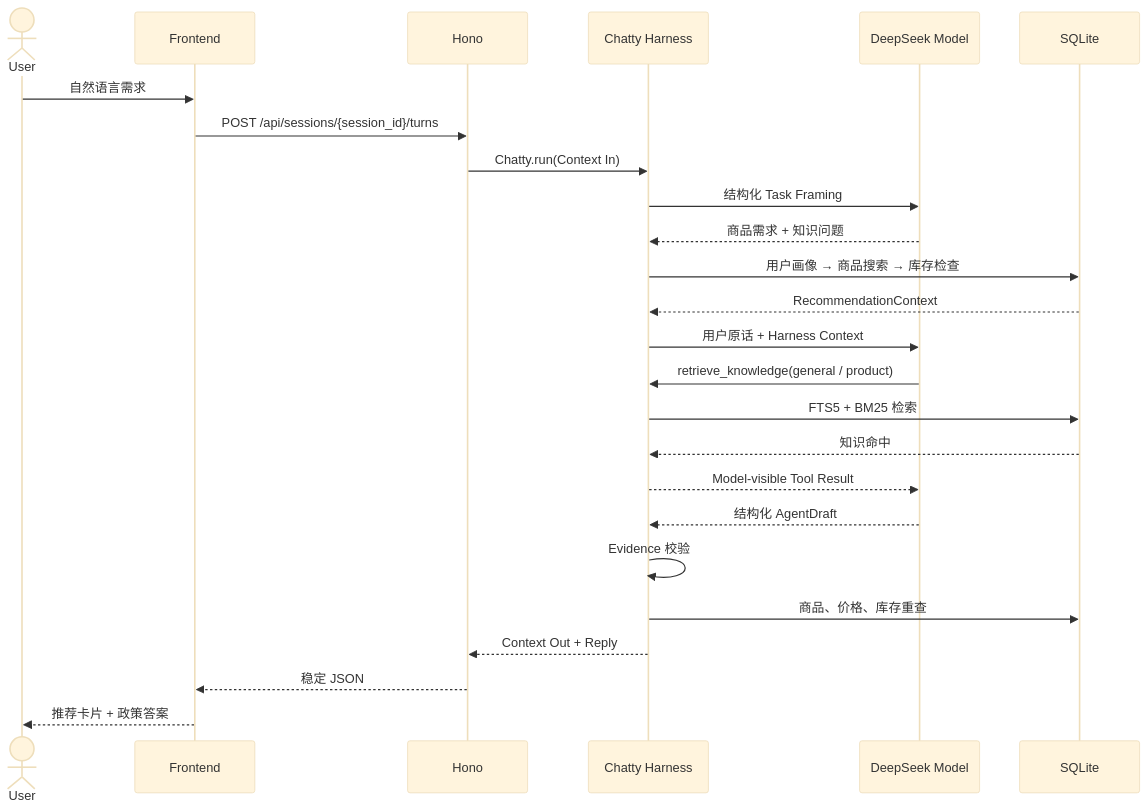
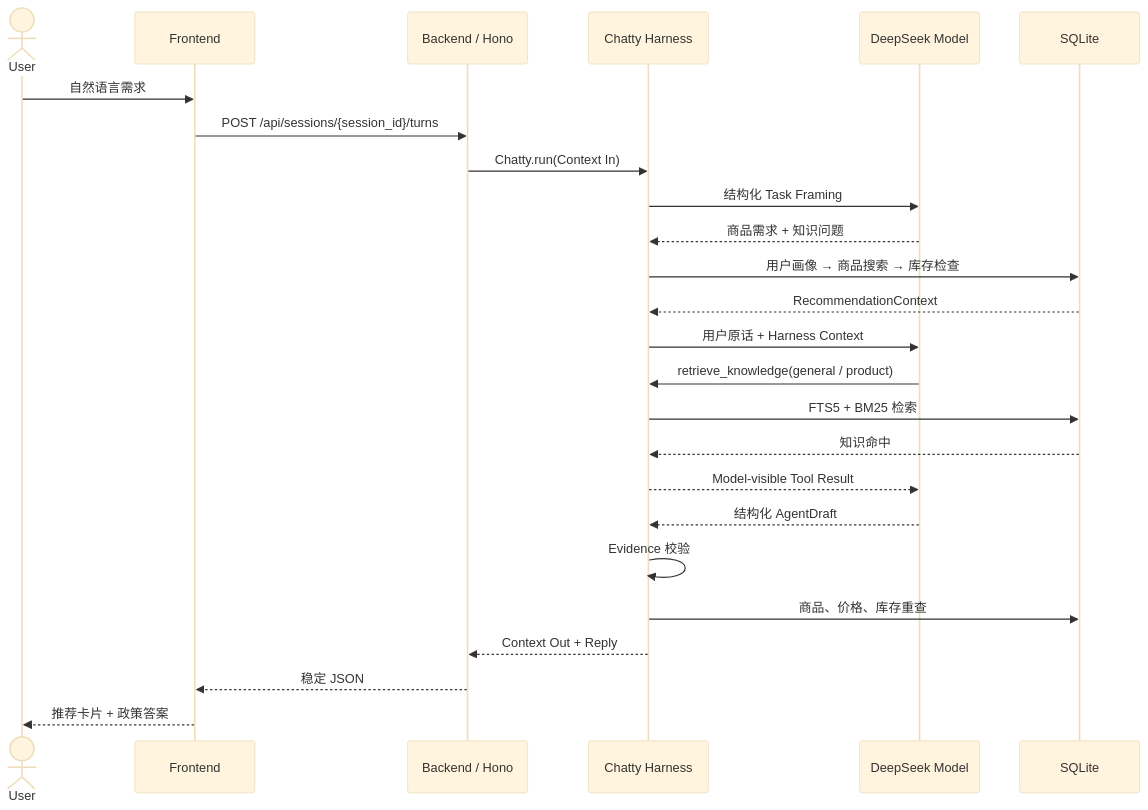
The diagram in docs/chatty-book/chapter2.md (ImWenyaoT/chatty), drawn with Mermaid (base theme) before and after one commit. The commit also changed other lines of this file and 6 other files, not shown here.

````diff
--- a/docs/chatty-book/chapter2.md
+++ b/docs/chatty-book/chapter2.md
@@ -60,28 +60,28 @@
 ```mermaid
 sequenceDiagram
     actor U as User
     participant F as Frontend
-    participant A as Hono
+    participant A as Backend / Hono
     participant H as Chatty Harness
     participant M as DeepSeek Model
     participant D as SQLite
 
     U->>F: 自然语言需求
     F->>A: POST /api/sessions/{session_id}/turns
     A->>H: Chatty.run(Context In)
     H->>M: 结构化 Task Framing
     M-->>H: 商品需求 + 知识问题
     H->>D: 用户画像 → 商品搜索 → 库存检查
     D-->>H: RecommendationContext
     H->>M: 用户原话 + Harness Context
     M->>H: retrieve_knowledge(general / product)
     H->>D: FTS5 + BM25 检索
     D-->>H: 知识命中
     H-->>M: Model-visible Tool Result
     M-->>H: 结构化 AgentDraft
     H->>H: Evidence 校验
     H->>D: 商品、价格、库存重查
     H-->>A: Context Out + Reply
     A-->>F: 稳定 JSON
     F-->>U: 推荐卡片 + 政策答案
 ```
````
